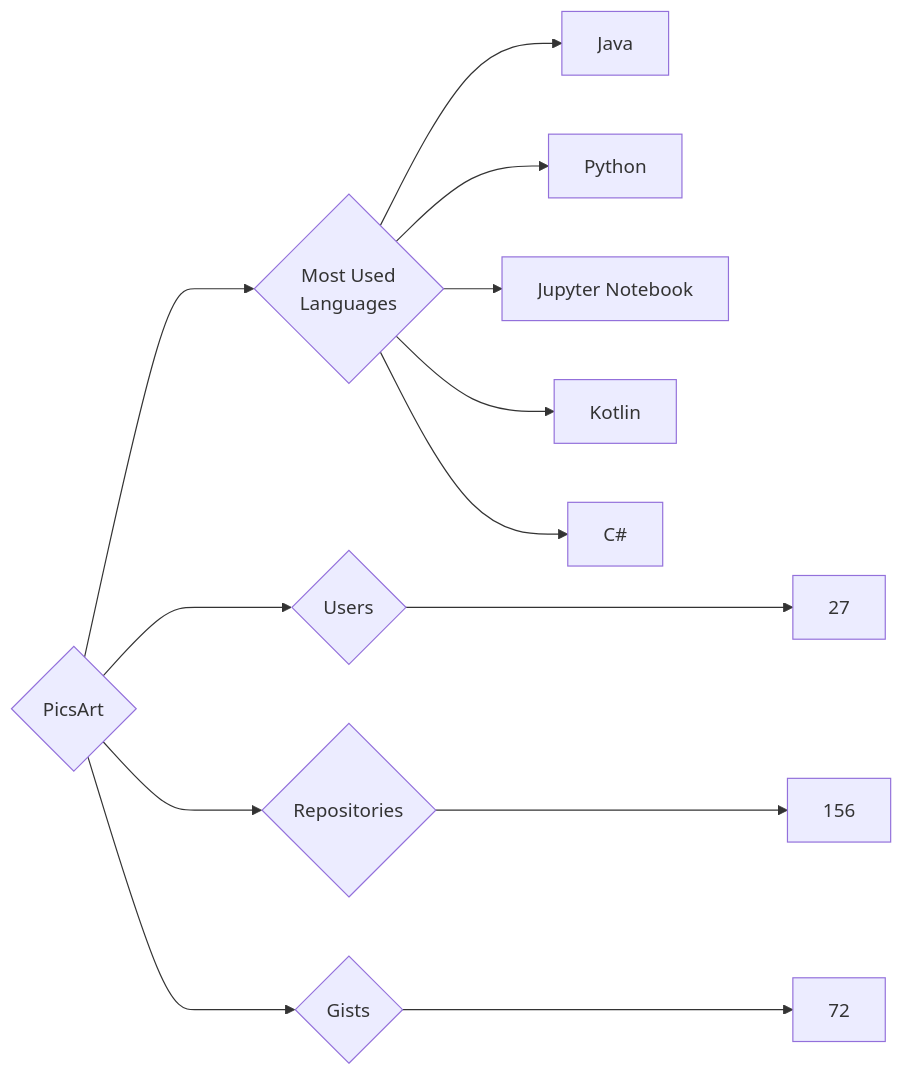
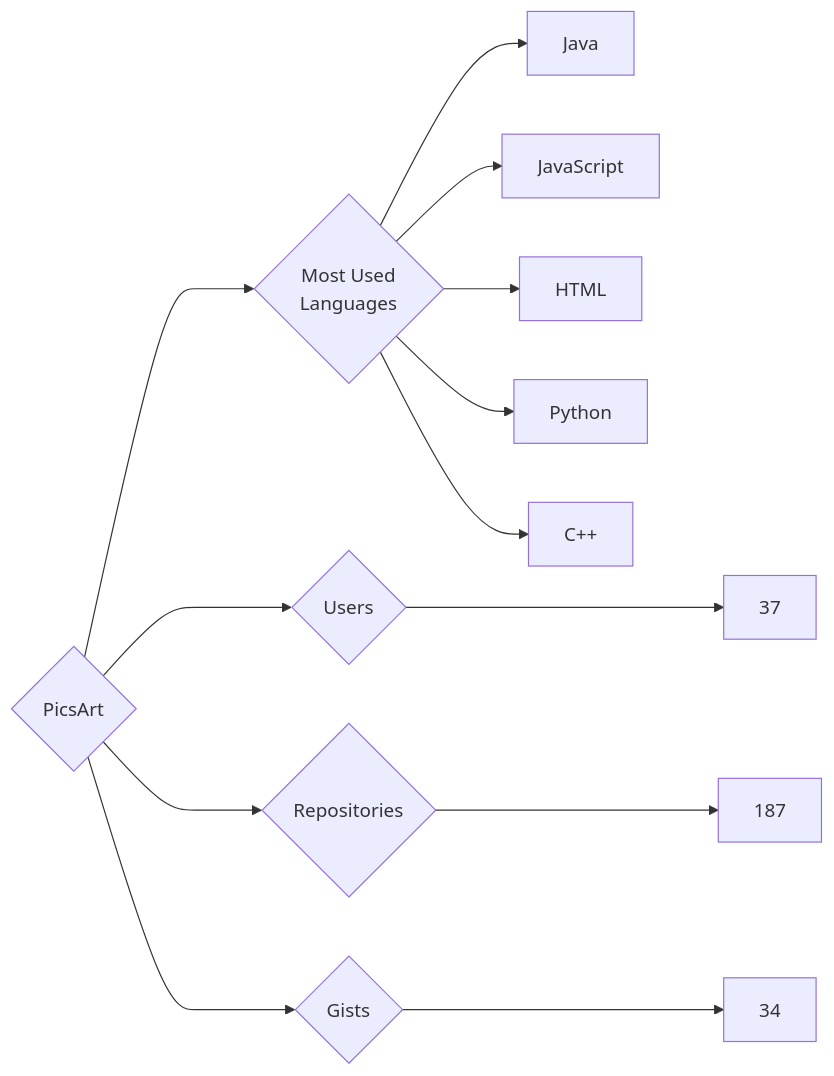
One commit to trickest/insiders changed the diagram in targets/PicsArt/README.md. Above: the diagram before and after it, drawn with Mermaid. The commit also changed 953 other files, not shown here.

````diff
--- a/targets/PicsArt/README.md
+++ b/targets/PicsArt/README.md
@@ -3,13 +3,13 @@
 ```mermaid
 graph LR
 COMPANY_NAME{PicsArt}
-COMPANY_NAME ---> U{Users} ---> UN[27]
-COMPANY_NAME ---> R{Repositories} ---> RN[156]
-COMPANY_NAME ---> G{Gists} ---> GN[72]
+COMPANY_NAME ---> U{Users} ---> UN[37]
+COMPANY_NAME ---> R{Repositories} ---> RN[187]
+COMPANY_NAME ---> G{Gists} ---> GN[34]
 COMPANY_NAME ---> ML{Most Used<br>Languages}
 ML --> Java[Java]
+ML --> JavaScript[JavaScript]
+ML --> HTML[HTML]
 ML --> Python[Python]
-ML --> Jupyter_Notebook[Jupyter Notebook]
-ML --> Kotlin[Kotlin]
-ML --> C#[C#]
+ML --> C++[C++]
 ```
````
